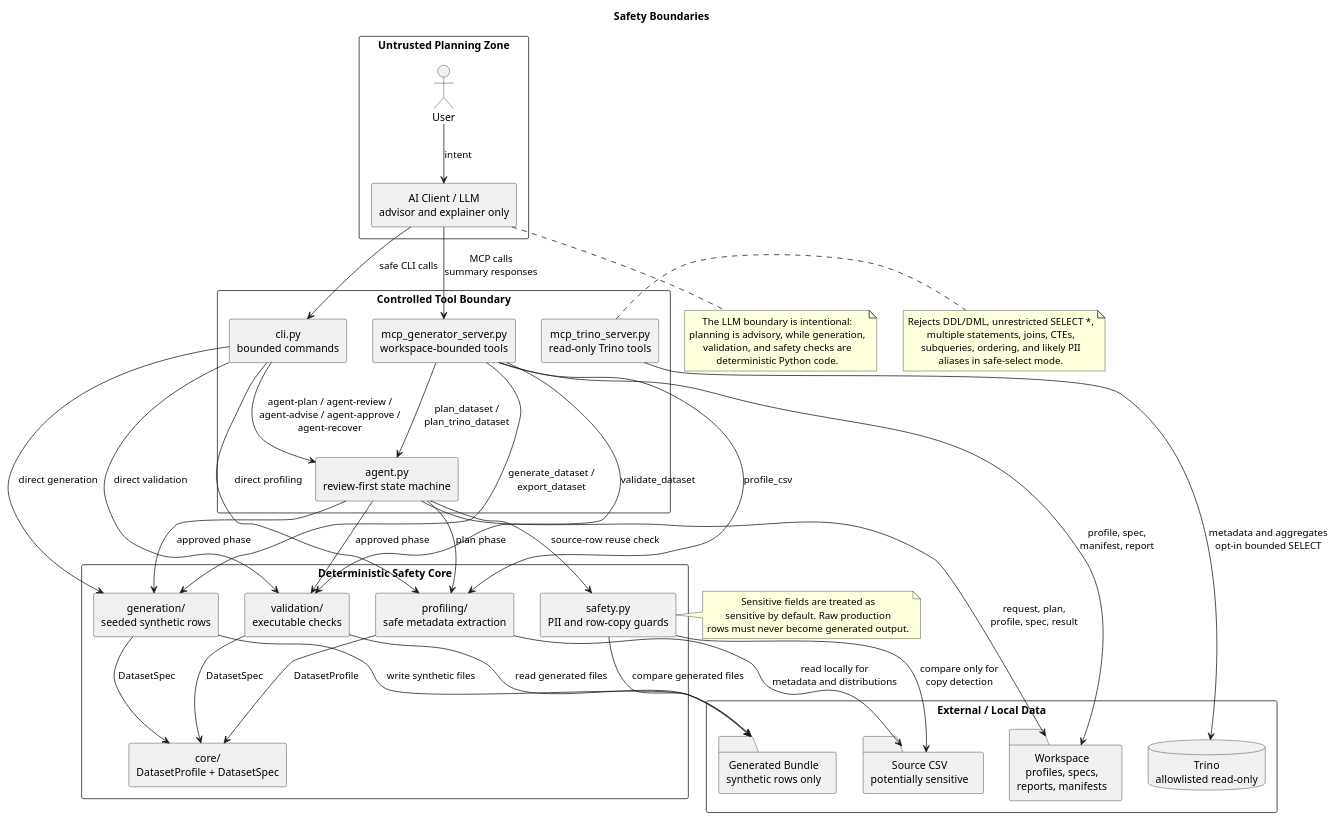
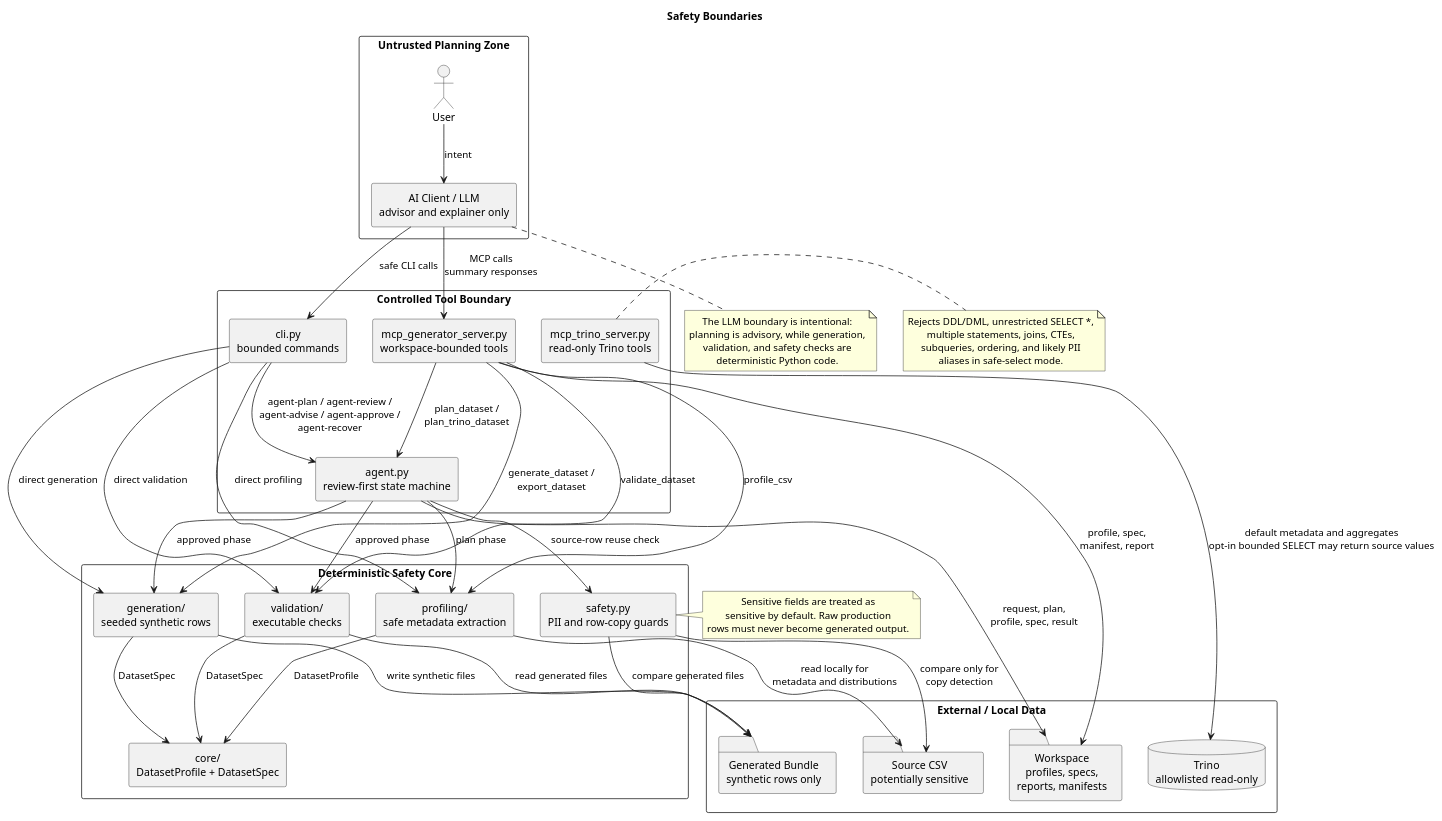
One commit to wa-pis/agent-paranoid-android changed the diagram in docs/architecture_safety_boundaries.puml. Above: the diagram before and after it, drawn with PlantUML. The commit also changed 10 other files, not shown here.

```diff
--- a/docs/architecture_safety_boundaries.puml
+++ b/docs/architecture_safety_boundaries.puml
@@ -1,83 +1,83 @@
 @startuml
 title Safety Boundaries
 
 skinparam shadowing false
 skinparam componentStyle rectangle
 skinparam packageStyle rectangle
 skinparam defaultTextAlignment center
 
 package "Untrusted Planning Zone" {
   actor "User" as User
   component "AI Client / LLM\nadvisor and explainer only" as Llm
 }
 
 package "Controlled Tool Boundary" {
   component "cli.py\nbounded commands" as Cli
   component "agent.py\nreview-first state machine" as Agent
   component "mcp_generator_server.py\nworkspace-bounded tools" as GeneratorMcp
   component "mcp_trino_server.py\nread-only Trino tools" as TrinoMcp
 }
 
 package "Deterministic Safety Core" {
   component "profiling/\nsafe metadata extraction" as Profiling
   component "generation/\nseeded synthetic rows" as Generation
   component "validation/\nexecutable checks" as Validation
   component "safety.py\nPII and row-copy guards" as Safety
   component "core/\nDatasetProfile + DatasetSpec" as CoreModels
 }
 
 package "External / Local Data" {
   database "Trino\nallowlisted read-only" as Trino
   folder "Source CSV\npotentially sensitive" as SourceCsv
   folder "Workspace\nprofiles, specs,\nreports, manifests" as Workspace
   folder "Generated Bundle\nsynthetic rows only" as Output
 }
 
 User --> Llm : intent
 Llm --> Cli : safe CLI calls
 Llm --> GeneratorMcp : MCP calls\nsummary responses
 Cli --> Agent : agent-plan / agent-review /\nagent-advise / agent-approve /\nagent-recover
 Cli --> Profiling : direct profiling
 Cli --> Generation : direct generation
 Cli --> Validation : direct validation
 Agent --> Profiling : plan phase
 Agent --> Generation : approved phase
 Agent --> Validation : approved phase
 Agent --> Safety : source-row reuse check
 GeneratorMcp --> Profiling : profile_csv
 GeneratorMcp --> Agent : plan_dataset /\nplan_trino_dataset
 GeneratorMcp --> Generation : generate_dataset /\nexport_dataset
 GeneratorMcp --> Validation : validate_dataset
-TrinoMcp --> Trino : metadata and aggregates\nopt-in bounded SELECT
+TrinoMcp --> Trino : default metadata and aggregates\nopt-in bounded SELECT may return source values
 Profiling --> SourceCsv : read locally for\nmetadata and distributions
 Profiling --> CoreModels : DatasetProfile
 Generation --> CoreModels : DatasetSpec
 Validation --> CoreModels : DatasetSpec
 Safety --> SourceCsv : compare only for\ncopy detection
 Agent --> Workspace : request, plan,\nprofile, spec, result
 GeneratorMcp --> Workspace : profile, spec,\nmanifest, report
 Generation --> Output : write synthetic files
 Validation --> Output : read generated files
 Safety --> Output : compare generated files
 
 note right of TrinoMcp
 Rejects DDL/DML, unrestricted SELECT *,
 multiple statements, joins, CTEs,
 subqueries, ordering, and likely PII
 aliases in safe-select mode.
 end note
 
 note right of Safety
 Sensitive fields are treated as
 sensitive by default. Raw production
 rows must never become generated output.
 end note
 
 note bottom of Llm
 The LLM boundary is intentional:
 planning is advisory, while generation,
 validation, and safety checks are
 deterministic Python code.
 end note
 
 @enduml
```
